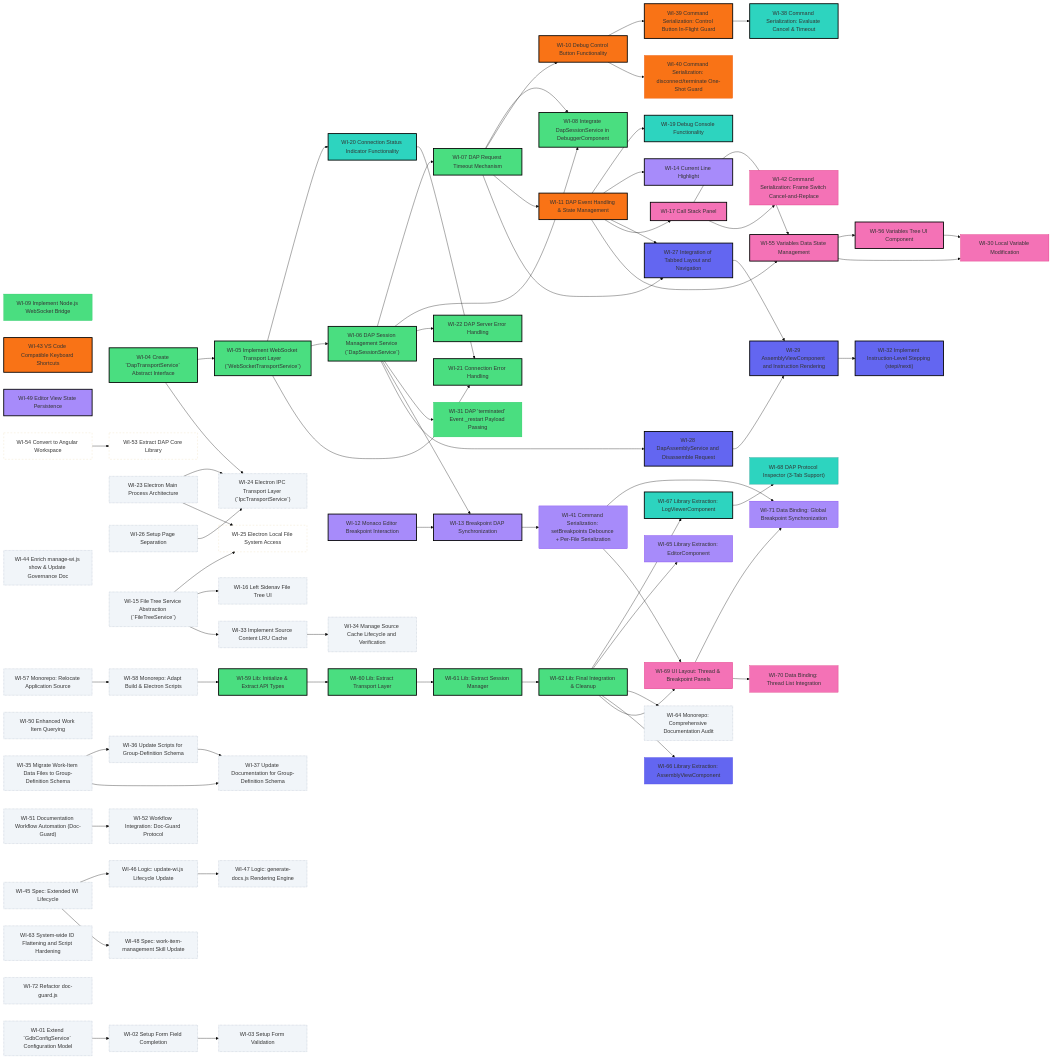
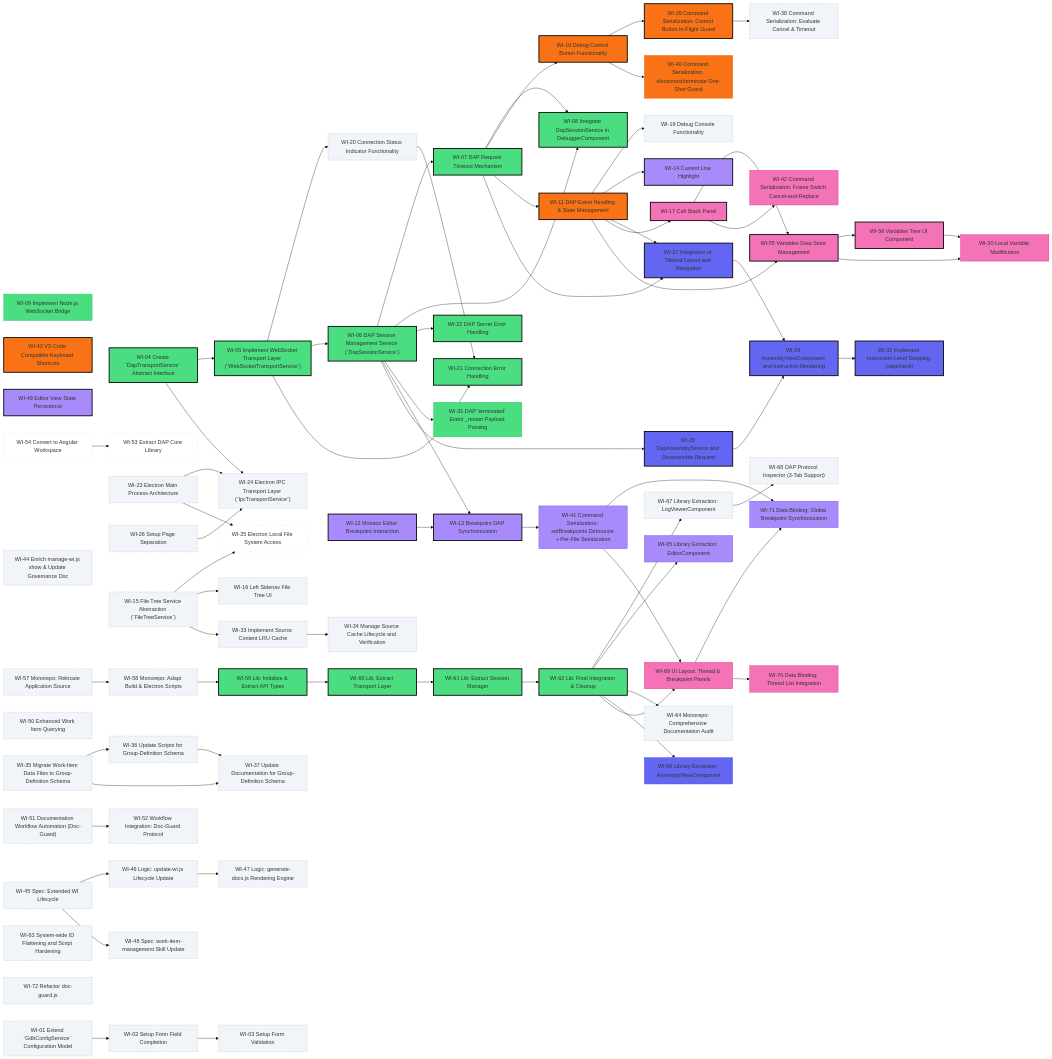
One commit to tangpo387-arch/taro-debugger changed the diagram in docs/project-roadmap.md. Above: the diagram before and after it, drawn with Mermaid (base theme). The commit also changed other lines of this file and 18 other files, not shown here.

```diff
--- a/docs/project-roadmap.md
+++ b/docs/project-roadmap.md
@@ -147,11 +147,11 @@
     WI_41 --> WI_69
     WI_69 --> WI_70
 
-    style WI_19 fill:#2dd4bf,stroke:#000,stroke-width:2.5px
-    style WI_20 fill:#2dd4bf,stroke:#000,stroke-width:2.5px
-    style WI_38 fill:#2dd4bf,stroke:#000,stroke-width:2.5px
-    style WI_67 fill:#2dd4bf,stroke:#000,stroke-width:2.5px
-    style WI_68 fill:#2dd4bf,stroke:#0d9488
+    style WI_19 fill:#f1f5f9,stroke:#94a3b8,stroke-width:1px,stroke-dasharray:2
+    style WI_20 fill:#f1f5f9,stroke:#94a3b8,stroke-width:1px,stroke-dasharray:2
+    style WI_38 fill:#f1f5f9,stroke:#94a3b8,stroke-width:1px,stroke-dasharray:2
+    style WI_67 fill:#f1f5f9,stroke:#94a3b8,stroke-width:1px,stroke-dasharray:2
+    style WI_68 fill:#f1f5f9,stroke:#94a3b8,stroke-width:1px,stroke-dasharray:2
     style WI_04 fill:#4ade80,stroke:#000,stroke-width:2.5px
     style WI_05 fill:#4ade80,stroke:#000,stroke-width:2.5px
     style WI_06 fill:#4ade80,stroke:#000,stroke-width:2.5px
```
